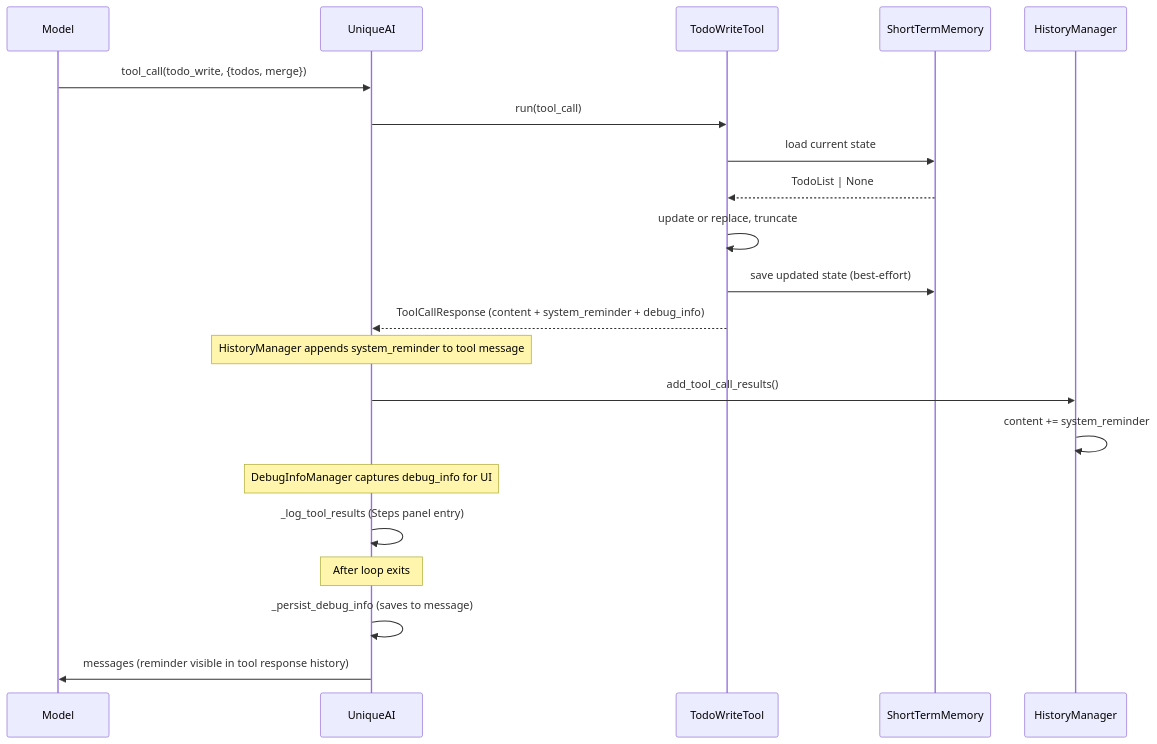
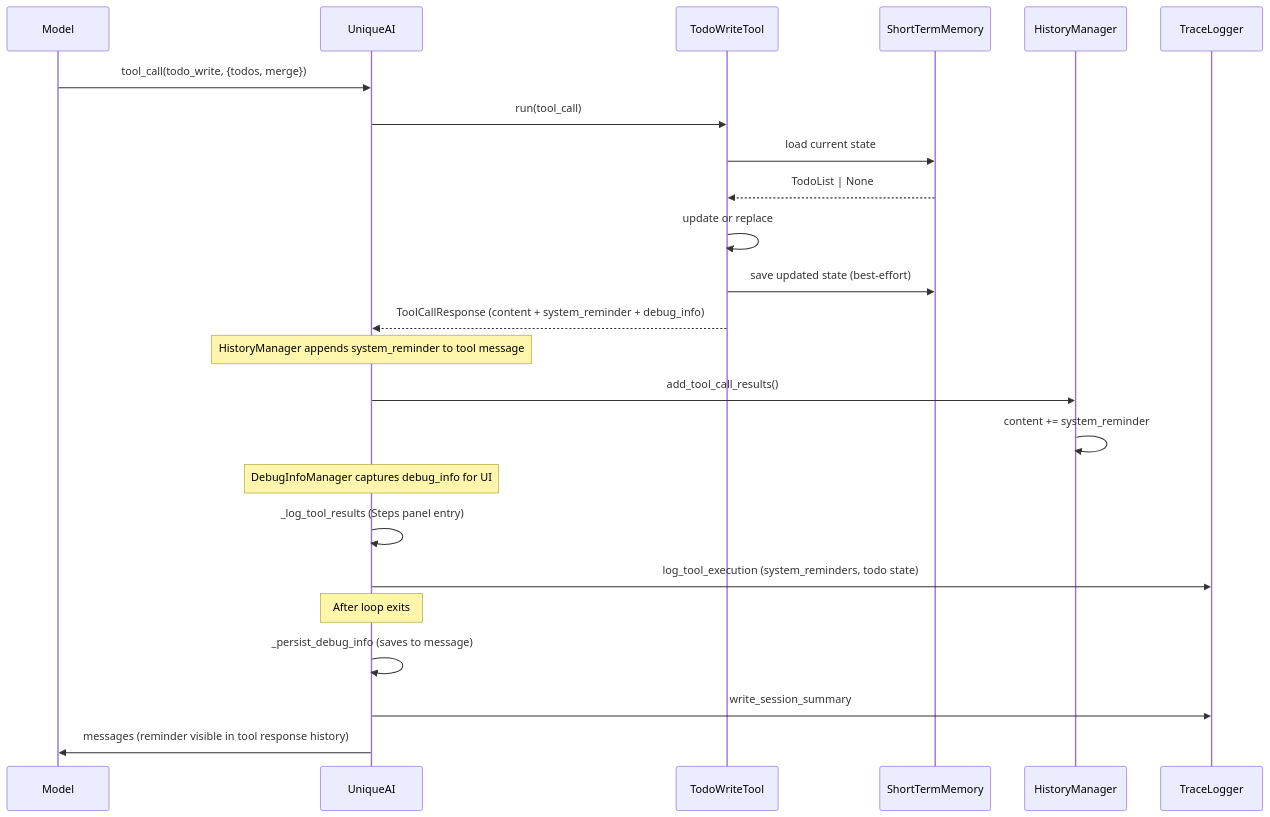
One commit to Unique-AG/ai changed the diagram in unique_toolkit/docs/tools/todo_tracking.md. Above: the diagram before and after it, drawn with Mermaid. The commit also changed other lines of this file and 4 other files, not shown here.

First line of the commit message:
feat: add trace logger tests, prompt eval framework, update docs

````diff
--- a/unique_toolkit/docs/tools/todo_tracking.md
+++ b/unique_toolkit/docs/tools/todo_tracking.md
@@ -15,25 +16,28 @@
 ```mermaid
 sequenceDiagram
     participant Model
     participant UniqueAI
     participant TodoWriteTool
     participant ShortTermMemory
     participant HistoryManager
+    participant TraceLogger
 
     Model->>UniqueAI: tool_call(todo_write, {todos, merge})
     UniqueAI->>TodoWriteTool: run(tool_call)
     TodoWriteTool->>ShortTermMemory: load current state
     ShortTermMemory-->>TodoWriteTool: TodoList | None
-    TodoWriteTool->>TodoWriteTool: update or replace, truncate
+    TodoWriteTool->>TodoWriteTool: update or replace
     TodoWriteTool->>ShortTermMemory: save updated state (best-effort)
     TodoWriteTool-->>UniqueAI: ToolCallResponse (content + system_reminder + debug_info)
 
     Note over UniqueAI: HistoryManager appends system_reminder to tool message
     UniqueAI->>HistoryManager: add_tool_call_results()
     HistoryManager->>HistoryManager: content += system_reminder
     Note over UniqueAI: DebugInfoManager captures debug_info for UI
     UniqueAI->>UniqueAI: _log_tool_results (Steps panel entry)
+    UniqueAI->>TraceLogger: log_tool_execution (system_reminders, todo state)
     Note over UniqueAI: After loop exits
     UniqueAI->>UniqueAI: _persist_debug_info (saves to message)
+    UniqueAI->>TraceLogger: write_session_summary
     UniqueAI->>Model: messages (reminder visible in tool response history)
 ```
````
